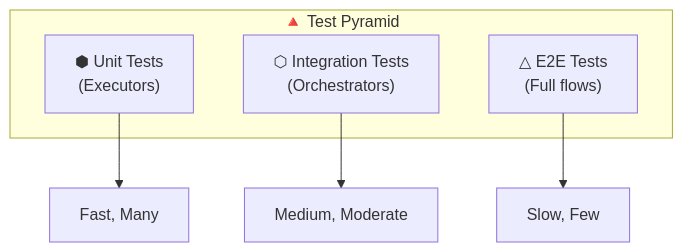
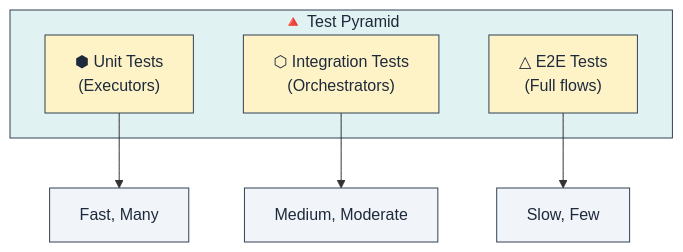
One commit to lploc94/flutter_orchestrator changed the fifth of 14 diagrams in book/chapters/07_best_practices.md. Above: the diagram before and after it, drawn with Mermaid. The commit also changed other lines of this file and 4 other files, not shown here.

````diff
--- a/book/chapters/07_best_practices.md
+++ b/book/chapters/07_best_practices.md
@@ -144,12 +174,20 @@
 ```mermaid
 graph TB
     subgraph TestPyramid["🔺 Test Pyramid"]
         Unit["⬢ Unit Tests<br/>(Executors)"]
         Integration["⬡ Integration Tests<br/>(Orchestrators)"]
         E2E["△ E2E Tests<br/>(Full flows)"]
     end
     
     Unit --> Fast["Fast, Many"]
     Integration --> Medium["Medium, Moderate"]
     E2E --> Slow["Slow, Few"]
+    
+    style TestPyramid fill:#e0f2f1,stroke:#334155,color:#1e293b
+    style Unit fill:#fef3c7,stroke:#334155,color:#1e293b
+    style Integration fill:#fef3c7,stroke:#334155,color:#1e293b
+    style E2E fill:#fef3c7,stroke:#334155,color:#1e293b
+    style Fast fill:#f1f5f9,stroke:#334155,color:#1e293b
+    style Medium fill:#f1f5f9,stroke:#334155,color:#1e293b
+    style Slow fill:#f1f5f9,stroke:#334155,color:#1e293b
 ```
````
